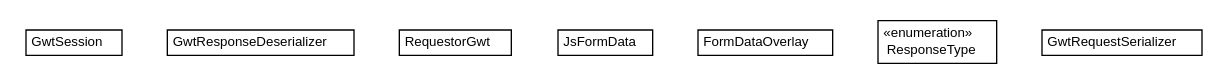
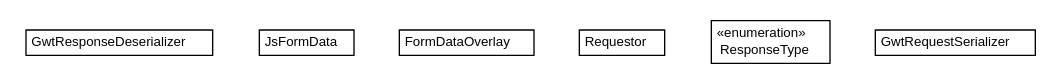
Before and after one commit to reinert/requestor: the diagram in latest/javadoc/apidocs/io/reinert/requestor/gwt/io.reinert.requestor.gwt.dot, drawn with Graphviz. The commit also changed 1348 other files, not shown here.

```diff
--- a/latest/javadoc/apidocs/io/reinert/requestor/gwt/io.reinert.requestor.gwt.dot
+++ b/latest/javadoc/apidocs/io/reinert/requestor/gwt/io.reinert.requestor.gwt.dot
@@ -1,55 +1,49 @@
 #!/usr/local/bin/dot
 #
 # Class diagram 
 # Generated by UMLGraph version R5_6-24-gf6e263 (http://www.umlgraph.org/)
 #
 
 digraph G {
 	edge [fontname="Helvetica",fontsize=10,labelfontname="Helvetica",labelfontsize=10];
 	node [fontname="Helvetica",fontsize=10,shape=plaintext];
 	nodesep=0.25;
 	ranksep=0.5;
-	// io.reinert.requestor.gwt.GwtSession
-	c3010 [label=<<table title="io.reinert.requestor.gwt.GwtSession" border="0" cellborder="1" cellspacing="0" cellpadding="2" port="p" href="./GwtSession.html">
-		<tr><td><table border="0" cellspacing="0" cellpadding="1">
-<tr><td align="center" balign="center"> GwtSession </td></tr>
-		</table></td></tr>
-		</table>>, URL="./GwtSession.html", fontname="Helvetica", fontcolor="black", fontsize=10.0];
 	// io.reinert.requestor.gwt.GwtResponseDeserializer
-	c3011 [label=<<table title="io.reinert.requestor.gwt.GwtResponseDeserializer" border="0" cellborder="1" cellspacing="0" cellpadding="2" port="p" href="./GwtResponseDeserializer.html">
+	c4425 [label=<<table title="io.reinert.requestor.gwt.GwtResponseDeserializer" border="0" cellborder="1" cellspacing="0" cellpadding="2" port="p" href="./GwtResponseDeserializer.html">
 		<tr><td><table border="0" cellspacing="0" cellpadding="1">
 <tr><td align="center" balign="center"> GwtResponseDeserializer </td></tr>
 		</table></td></tr>
 		</table>>, URL="./GwtResponseDeserializer.html", fontname="Helvetica", fontcolor="black", fontsize=10.0];
-	// io.reinert.requestor.gwt.RequestorGwt
-	c3012 [label=<<table title="io.reinert.requestor.gwt.RequestorGwt" border="0" cellborder="1" cellspacing="0" cellpadding="2" port="p" href="./RequestorGwt.html">
-		<tr><td><table border="0" cellspacing="0" cellpadding="1">
-<tr><td align="center" balign="center"> RequestorGwt </td></tr>
-		</table></td></tr>
-		</table>>, URL="./RequestorGwt.html", fontname="Helvetica", fontcolor="black", fontsize=10.0];
 	// io.reinert.requestor.gwt.JsFormData
-	c3013 [label=<<table title="io.reinert.requestor.gwt.JsFormData" border="0" cellborder="1" cellspacing="0" cellpadding="2" port="p" href="./JsFormData.html">
+	c4426 [label=<<table title="io.reinert.requestor.gwt.JsFormData" border="0" cellborder="1" cellspacing="0" cellpadding="2" port="p" href="./JsFormData.html">
 		<tr><td><table border="0" cellspacing="0" cellpadding="1">
 <tr><td align="center" balign="center"> JsFormData </td></tr>
 		</table></td></tr>
 		</table>>, URL="./JsFormData.html", fontname="Helvetica", fontcolor="black", fontsize=10.0];
 	// io.reinert.requestor.gwt.FormDataOverlay
-	c3014 [label=<<table title="io.reinert.requestor.gwt.FormDataOverlay" border="0" cellborder="1" cellspacing="0" cellpadding="2" port="p" href="./FormDataOverlay.html">
+	c4427 [label=<<table title="io.reinert.requestor.gwt.FormDataOverlay" border="0" cellborder="1" cellspacing="0" cellpadding="2" port="p" href="./FormDataOverlay.html">
 		<tr><td><table border="0" cellspacing="0" cellpadding="1">
 <tr><td align="center" balign="center"> FormDataOverlay </td></tr>
 		</table></td></tr>
 		</table>>, URL="./FormDataOverlay.html", fontname="Helvetica", fontcolor="black", fontsize=10.0];
+	// io.reinert.requestor.gwt.Requestor
+	c4428 [label=<<table title="io.reinert.requestor.gwt.Requestor" border="0" cellborder="1" cellspacing="0" cellpadding="2" port="p" href="./Requestor.html">
+		<tr><td><table border="0" cellspacing="0" cellpadding="1">
+<tr><td align="center" balign="center"> Requestor </td></tr>
+		</table></td></tr>
+		</table>>, URL="./Requestor.html", fontname="Helvetica", fontcolor="black", fontsize=10.0];
 	// io.reinert.requestor.gwt.ResponseType
-	c3015 [label=<<table title="io.reinert.requestor.gwt.ResponseType" border="0" cellborder="1" cellspacing="0" cellpadding="2" port="p" href="./ResponseType.html">
+	c4429 [label=<<table title="io.reinert.requestor.gwt.ResponseType" border="0" cellborder="1" cellspacing="0" cellpadding="2" port="p" href="./ResponseType.html">
 		<tr><td><table border="0" cellspacing="0" cellpadding="1">
 <tr><td align="center" balign="center"> &#171;enumeration&#187; </td></tr>
 <tr><td align="center" balign="center"> ResponseType </td></tr>
 		</table></td></tr>
 		</table>>, URL="./ResponseType.html", fontname="Helvetica", fontcolor="black", fontsize=10.0];
 	// io.reinert.requestor.gwt.GwtRequestSerializer
-	c3016 [label=<<table title="io.reinert.requestor.gwt.GwtRequestSerializer" border="0" cellborder="1" cellspacing="0" cellpadding="2" port="p" href="./GwtRequestSerializer.html">
+	c4430 [label=<<table title="io.reinert.requestor.gwt.GwtRequestSerializer" border="0" cellborder="1" cellspacing="0" cellpadding="2" port="p" href="./GwtRequestSerializer.html">
 		<tr><td><table border="0" cellspacing="0" cellpadding="1">
 <tr><td align="center" balign="center"> GwtRequestSerializer </td></tr>
 		</table></td></tr>
 		</table>>, URL="./GwtRequestSerializer.html", fontname="Helvetica", fontcolor="black", fontsize=10.0];
 }
```
